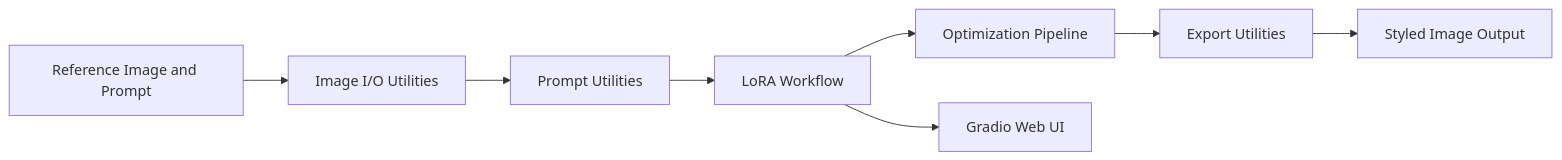
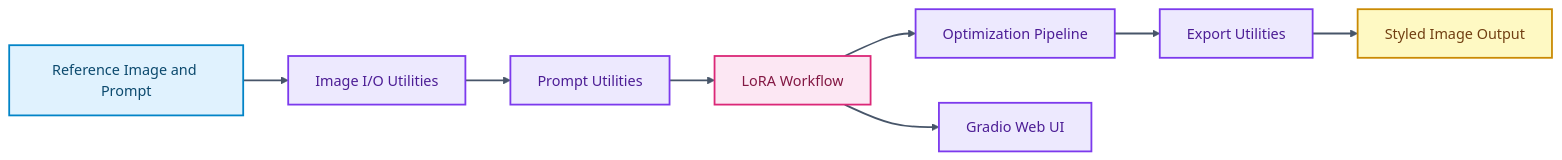
Before and after one commit to skx56/StyleSync-AI: the diagram in README.md, drawn with Mermaid.

Commit message:
Colorize README architecture diagram

````diff
--- a/README.md
+++ b/README.md
@@ -30,10 +30,21 @@
 ```mermaid
 flowchart LR
   Input["Reference Image and Prompt"] --> IO["Image I/O Utilities"]
   IO --> Prompt["Prompt Utilities"]
   Prompt --> LoRA["LoRA Workflow"]
   LoRA --> Optimize["Optimization Pipeline"]
   Optimize --> Export["Export Utilities"]
   Export --> Output["Styled Image Output"]
   LoRA --> Gradio["Gradio Web UI"]
+
+  classDef inputs fill:#E0F2FE,stroke:#0284C7,color:#0C4A6E,stroke-width:2px;
+  classDef process fill:#EDE9FE,stroke:#7C3AED,color:#4C1D95,stroke-width:2px;
+  classDef data fill:#CCFBF1,stroke:#0D9488,color:#134E4A,stroke-width:2px;
+  classDef agent fill:#FCE7F3,stroke:#DB2777,color:#831843,stroke-width:2px;
+  classDef output fill:#FEF9C3,stroke:#CA8A04,color:#713F12,stroke-width:2px;
+  class Input inputs;
+  class IO,Prompt,Optimize,Export,Gradio process;
+  class LoRA agent;
+  class Output output;
+  linkStyle default stroke:#475569,stroke-width:2px;
 ```
````
